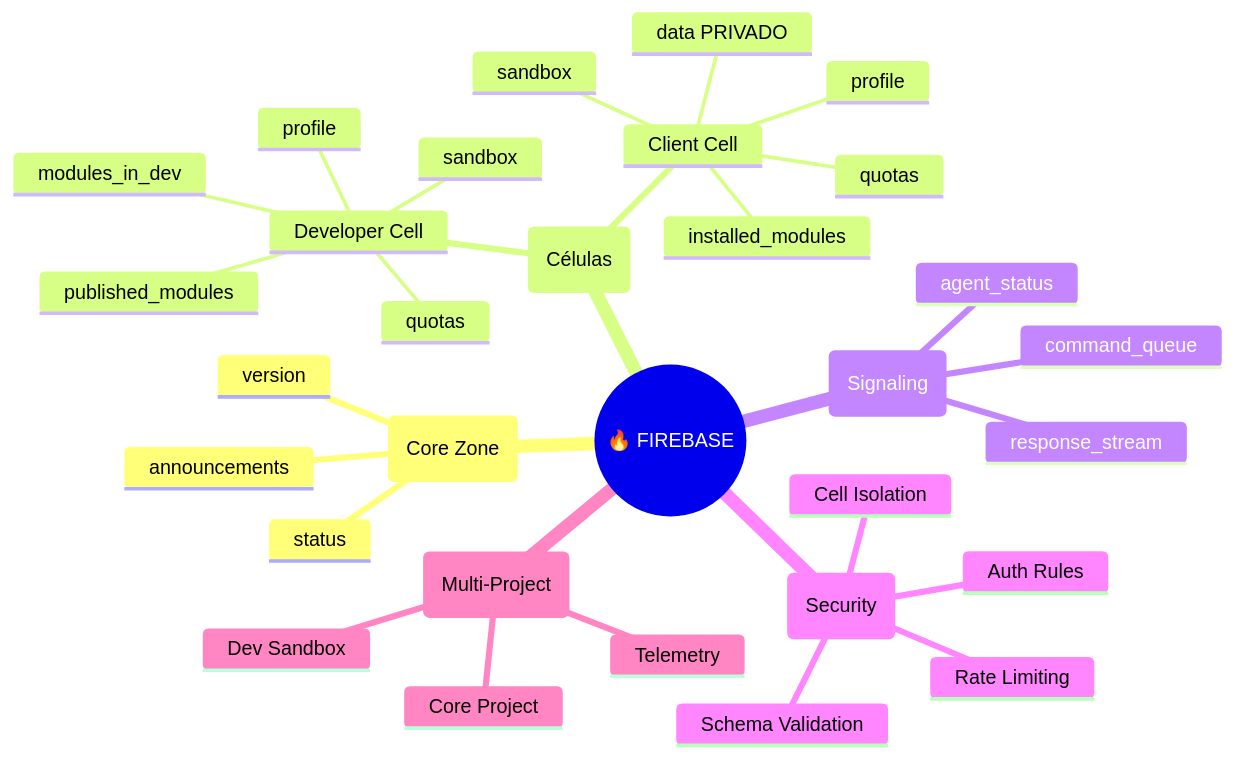
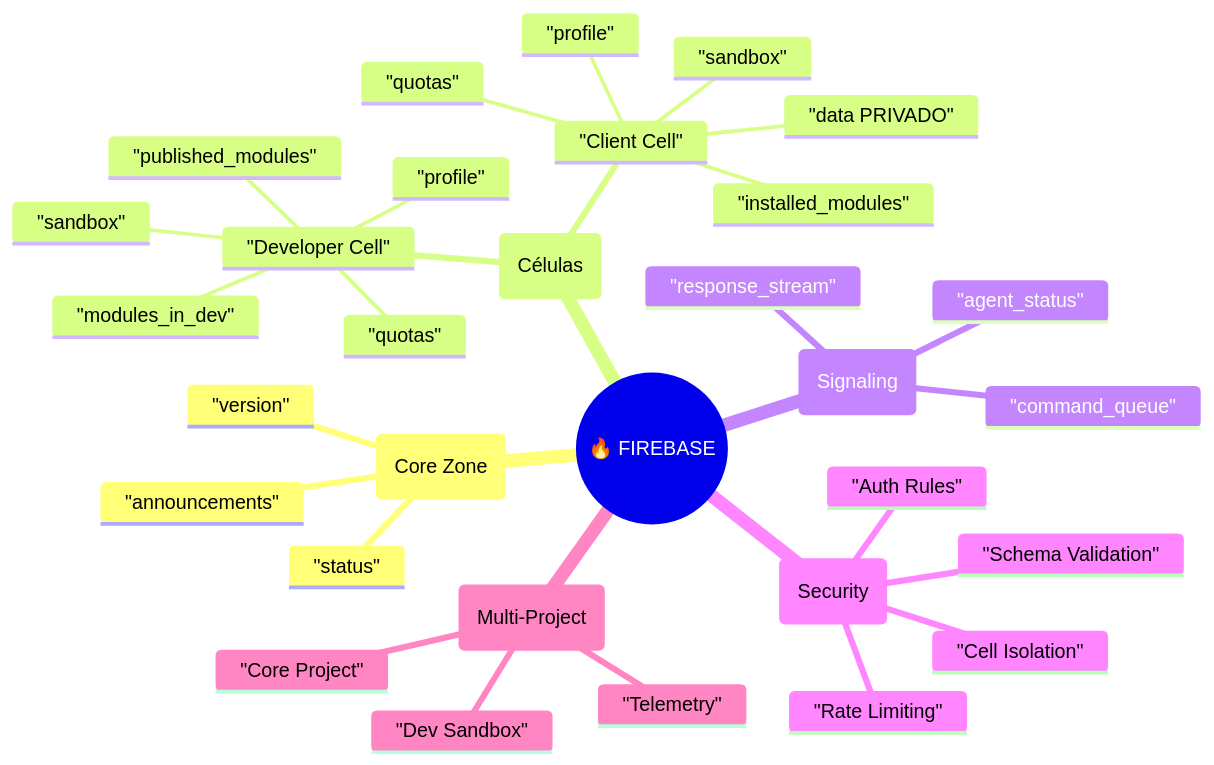
One commit to LucassVal/Panda-Factory changed the fourth of 9 diagrams in docs/PF_MIND_MAPS.md. Above: the diagram before and after it, drawn with Mermaid. The commit also changed other lines of this file and 609 other files, not shown here.

Commit message:
fix(docs): Rewrite all Mermaid Mind Maps with strict quoting syntax

````diff
--- a/docs/PF_MIND_MAPS.md
+++ b/docs/PF_MIND_MAPS.md
@@ -138,34 +138,34 @@
 ```mermaid
 mindmap
-  root((🔥 FIREBASE))
-    (Core Zone)
-      version
-      status
-      announcements
-    (Células)
-      Developer Cell
-        profile
-        sandbox
-        modules_in_dev
-        published_modules
-        quotas
-      Client Cell
-        profile
-        sandbox
-        installed_modules
-        data PRIVADO
-        quotas
-    (Signaling)
-      command_queue
-      response_stream
-      agent_status
-    (Security)
-      Cell Isolation
-      Auth Rules
-      Rate Limiting
-      Schema Validation
-    (Multi-Project)
-      Core Project
-      Dev Sandbox
-      Telemetry
+  root(("🔥 FIREBASE"))
+    ("Core Zone")
+      "version"
+      "status"
+      "announcements"
+    ("Células")
+      "Developer Cell"
+        "profile"
+        "sandbox"
+        "modules_in_dev"
+        "published_modules"
+        "quotas"
+      "Client Cell"
+        "profile"
+        "sandbox"
+        "installed_modules"
+        "data PRIVADO"
+        "quotas"
+    ("Signaling")
+      "command_queue"
+      "response_stream"
+      "agent_status"
+    ("Security")
+      "Cell Isolation"
+      "Auth Rules"
+      "Rate Limiting"
+      "Schema Validation"
+    ("Multi-Project")
+      "Core Project"
+      "Dev Sandbox"
+      "Telemetry"
 ```
````
